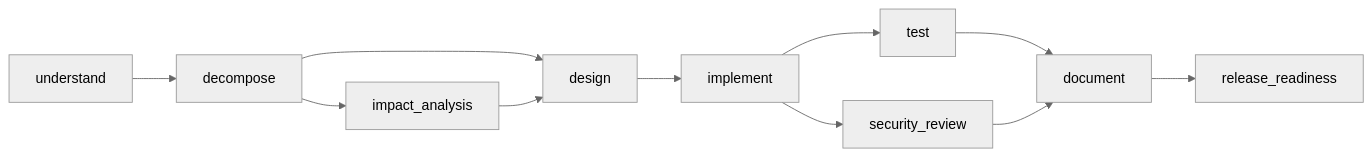
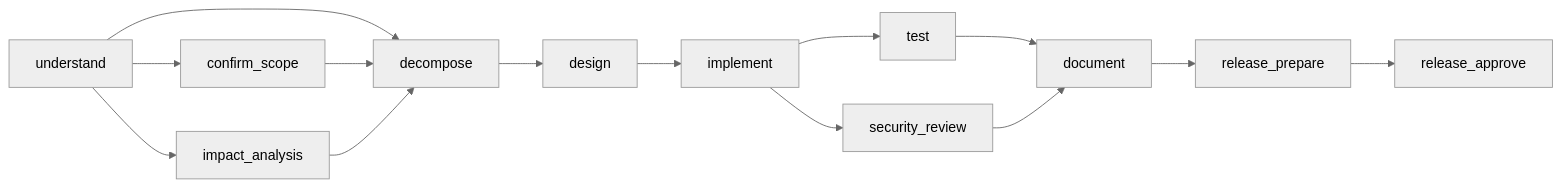
Before and after one commit to schintha1/agentic-url-shortener: the second of 4 diagrams in docs/DESIGN.md, drawn with Mermaid (neutral theme). The commit also changed other lines of this file and 46 other files, not shown here.

First line of the commit message:
feat: isolate implement workspaces and scope impact to the shortener

````diff
--- a/docs/DESIGN.md
+++ b/docs/DESIGN.md
@@ -155,13 +155,16 @@
 ```mermaid
 flowchart LR
+  understand --> confirm_scope
   understand --> decompose
-  decompose --> impact_analysis
+  understand --> impact_analysis
+  confirm_scope --> decompose
+  impact_analysis --> decompose
   decompose --> design
-  impact_analysis --> design
   design --> implement
   implement --> test
   implement --> security_review
   test --> document
   security_review --> document
-  document --> release_readiness
+  document --> release_prepare
+  release_prepare --> release_approve
 ```
````
